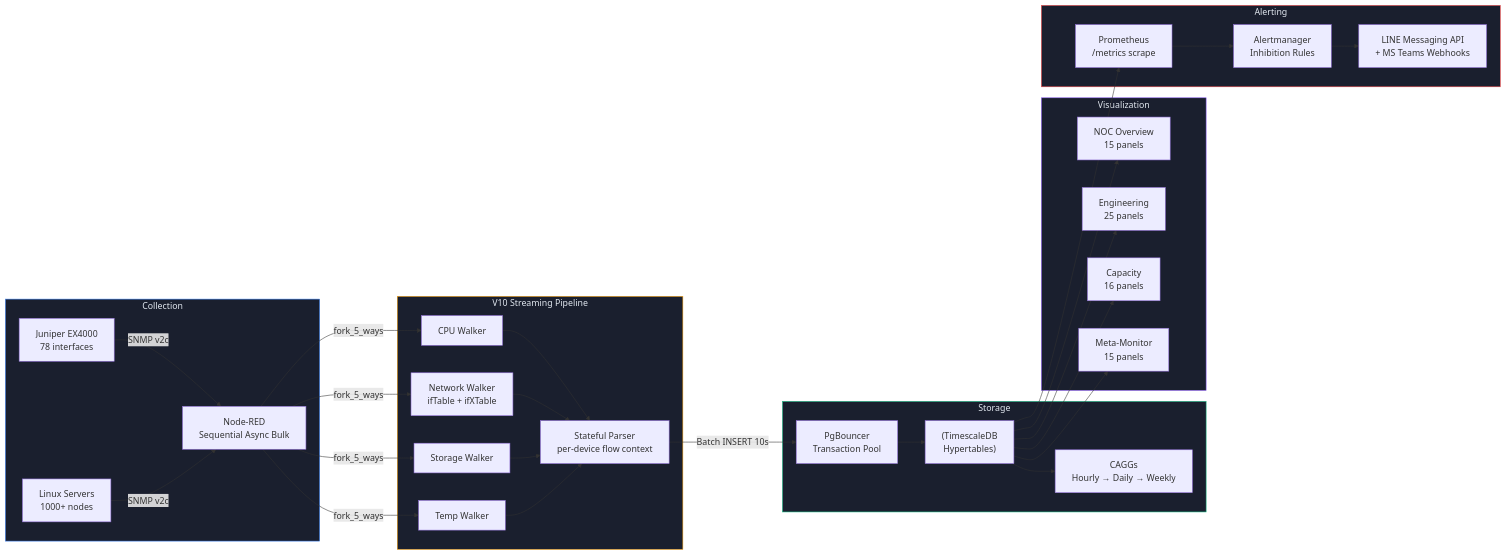
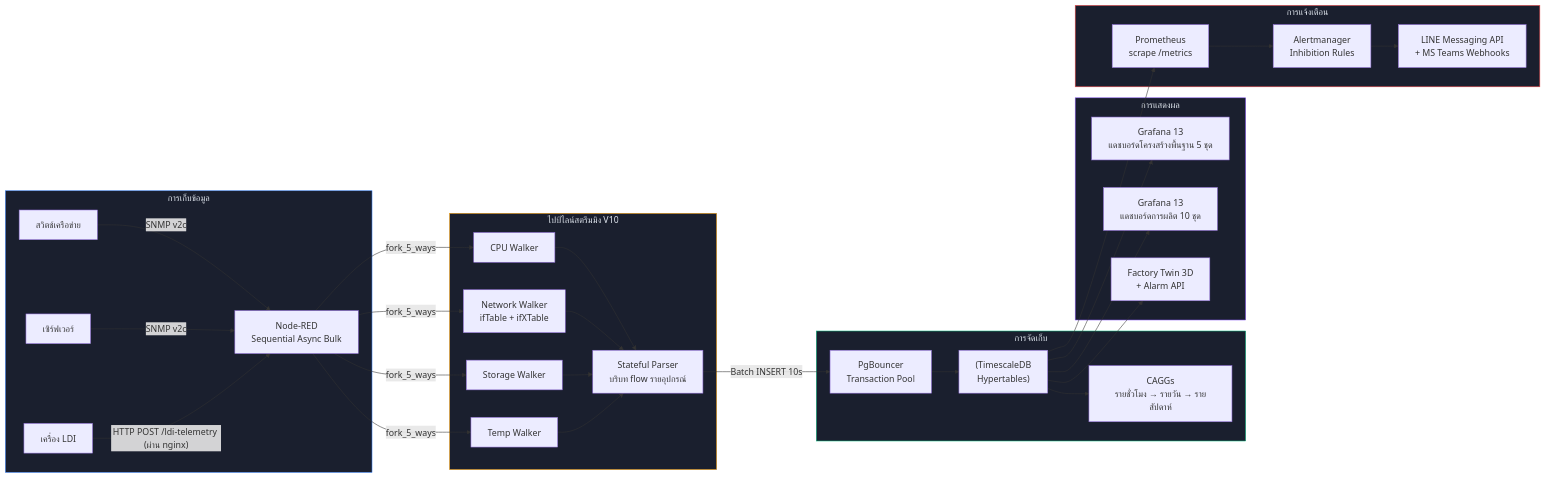
One commit to PATTANAKORN025/IMS changed the diagram in th/README.md. Above: the diagram before and after it, drawn with Mermaid. The commit also changed other lines of this file and 3 other files, not shown here.

````diff
--- a/th/README.md
+++ b/th/README.md
@@ -209,43 +229,43 @@
 ```mermaid
 flowchart LR
-  subgraph Collection ["Collection"]
-    J["Juniper EX4000\n78 interfaces"] -->|SNMP v2c| W["Node-RED\nSequential Async Bulk"]
-    S["Linux Servers\n1000+ nodes"] -->|SNMP v2c| W
+  subgraph Collection ["การเก็บข้อมูล"]
+    J["สวิตช์เครือข่าย"] -->|SNMP v2c| W["Node-RED\nSequential Async Bulk"]
+    S["เซิร์ฟเวอร์"] -->|SNMP v2c| W
+    L["เครื่อง LDI"] -->|"HTTP POST /ldi-telemetry (ผ่าน nginx)"| W
   end
 
-  subgraph Processing ["V10 Streaming Pipeline"]
+  subgraph Processing ["ไปป์ไลน์สตรีมมิง V10"]
     W -->|fork_5_ways| CPU[CPU Walker]
     W -->|fork_5_ways| NET["Network Walker\nifTable + ifXTable"]
     W -->|fork_5_ways| STO[Storage Walker]
     W -->|fork_5_ways| TMP[Temp Walker]
-    CPU --> P["Stateful Parser\nper-device flow context"]
+    CPU --> P["Stateful Parser\nบริบท flow รายอุปกรณ์"]
     NET --> P
     STO --> P
     TMP --> P
   end
 
-  subgraph Storage ["Storage"]
+  subgraph Storage ["การจัดเก็บ"]
     P -->|Batch INSERT 10s| B["PgBouncer\nTransaction Pool"]
     B --> T["(TimescaleDB\nHypertables)"]
-    T --> CAGG["CAGGs\nHourly → Daily → Weekly"]
+    T --> CAGG["CAGGs\nรายชั่วโมง → รายวัน → รายสัปดาห์"]
   end
 
-  subgraph Visualization ["Visualization"]
-    T --> G1["NOC Overview\n15 panels"]
-    T --> G2["Engineering\n25 panels"]
-    T --> G3["Capacity\n16 panels"]
-    T --> G4["Meta-Monitor\n15 panels"]
+  subgraph Visualization ["การแสดงผล"]
+    T --> G1["Grafana 13\nแดชบอร์ดโครงสร้างพื้นฐาน 5 ชุด"]
+    T --> G2["Grafana 13\nแดชบอร์ดการผลิต 10 ชุด"]
+    T --> FT["Factory Twin 3D\n+ Alarm API"]
   end
 
-  subgraph Alerting ["Alerting"]
-    T --> PR["Prometheus\n/metrics scrape"]
+  subgraph Alerting ["การแจ้งเตือน"]
+    T --> PR["Prometheus\nscrape /metrics"]
     PR --> AM["Alertmanager\nInhibition Rules"]
     AM --> WEB["LINE Messaging API\n+ MS Teams Webhooks"]
   end
 
   style Collection fill:#1a1f2e,stroke:#3B82F6,color:#e2e8f0
   style Processing fill:#1a1f2e,stroke:#F59E0B,color:#e2e8f0
   style Storage fill:#1a1f2e,stroke:#10B981,color:#e2e8f0
   style Visualization fill:#1a1f2e,stroke:#8B5CF6,color:#e2e8f0
   style Alerting fill:#1a1f2e,stroke:#EF4444,color:#e2e8f0
 ```
````
